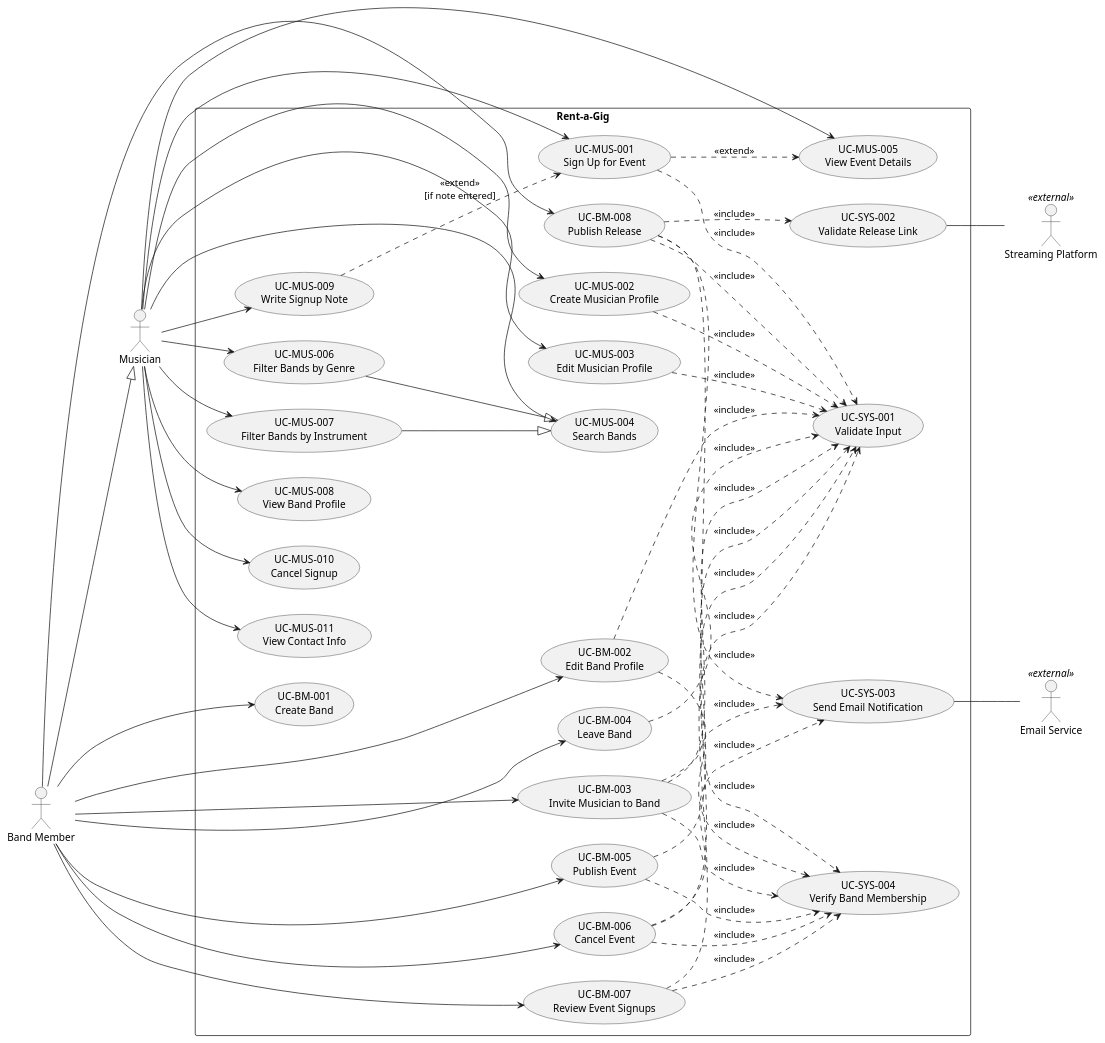
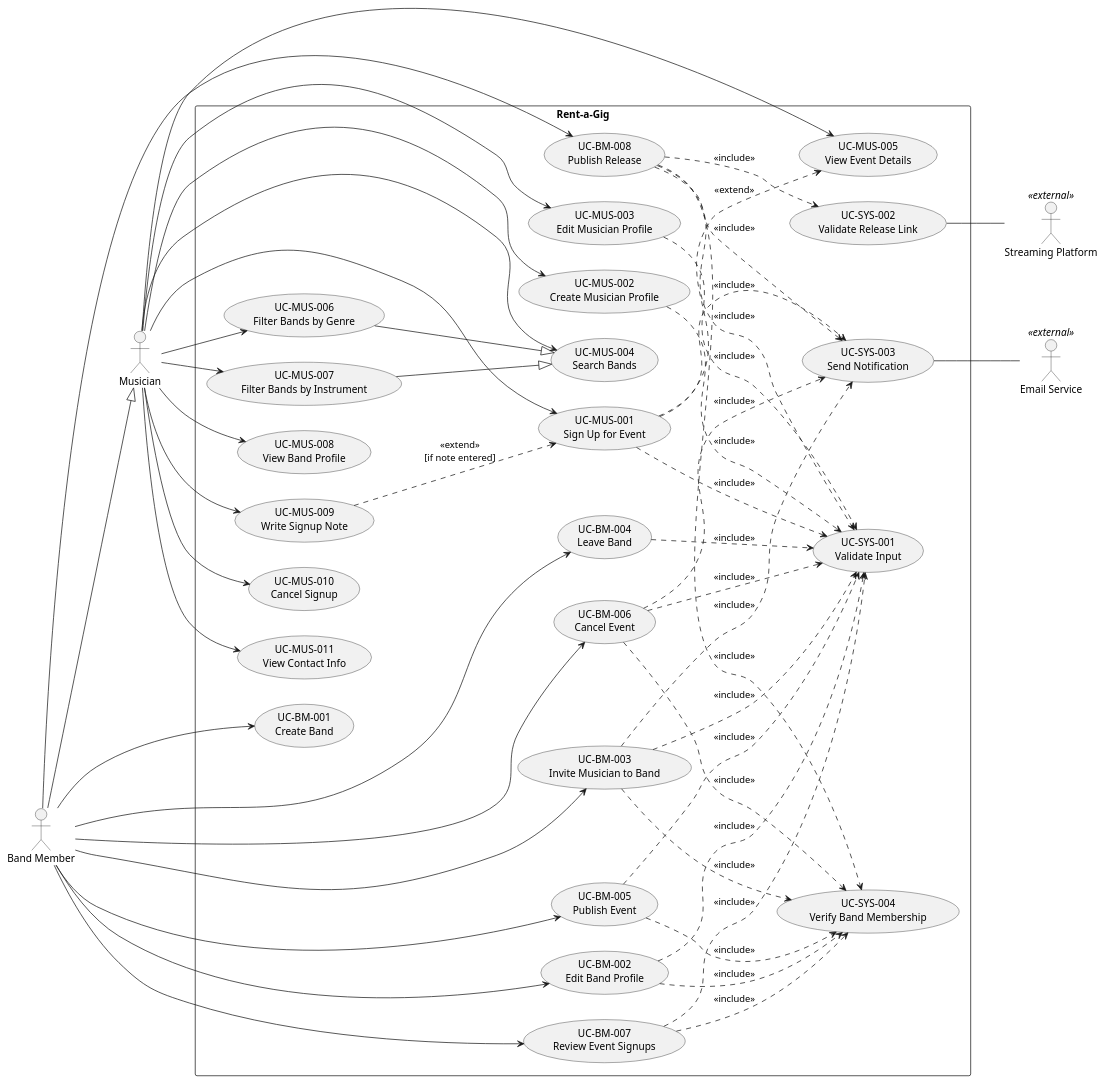
Before and after one commit to therealsunfl0wer/SMRA-labs: the diagram in 2-use-case/useCase.puml, drawn with PlantUML. The commit also changed 1 other file, not shown here.

Commit message:
ai: include notifications and capacity in the use cases
UC-MUS-001 now includes UC-SYS-001 and UC-SYS-003 and notifies the Band after
a Signup; extension 2b refers to Event.capacity; UC-BM-005 takes a capacity.
UC-SYS-003 is renamed to Send Notification and covers the email and site
channels. useCase.puml is updated; useCase.png is not re-rendered yet.

Claude-Session: https://claude.ai/code/session_01AMojgNhf6THgfHK96iETUd

```diff
--- a/2-use-case/useCase.puml
+++ b/2-use-case/useCase.puml
@@ -1,101 +1,102 @@
 @startuml useCase
 left to right direction
 
 ' ===== Actors =====
 actor "Musician" as Musician
 actor "Band Member" as BandMember
 actor "Email Service" as EmailService <<external>>
 actor "Streaming Platform" as StreamingPlatform <<external>>
 
 ' Actor generalization
 BandMember --|> Musician
 
 rectangle "Rent-a-Gig" {
 
   ' ===== Musician use cases =====
   usecase "UC-MUS-001\nSign Up for Event" as UC_MUS_001
   usecase "UC-MUS-002\nCreate Musician Profile" as UC_MUS_002
   usecase "UC-MUS-003\nEdit Musician Profile" as UC_MUS_003
   usecase "UC-MUS-004\nSearch Bands" as UC_MUS_004
   usecase "UC-MUS-005\nView Event Details" as UC_MUS_005
   usecase "UC-MUS-006\nFilter Bands by Genre" as UC_MUS_006
   usecase "UC-MUS-007\nFilter Bands by Instrument" as UC_MUS_007
   usecase "UC-MUS-008\nView Band Profile" as UC_MUS_008
   usecase "UC-MUS-009\nWrite Signup Note" as UC_MUS_009
   usecase "UC-MUS-010\nCancel Signup" as UC_MUS_010
   usecase "UC-MUS-011\nView Contact Info" as UC_MUS_011
 
   ' ===== Band Member use cases =====
   usecase "UC-BM-001\nCreate Band" as UC_BM_001
   usecase "UC-BM-002\nEdit Band Profile" as UC_BM_002
   usecase "UC-BM-003\nInvite Musician to Band" as UC_BM_003
   usecase "UC-BM-004\nLeave Band" as UC_BM_004
   usecase "UC-BM-005\nPublish Event" as UC_BM_005
   usecase "UC-BM-006\nCancel Event" as UC_BM_006
   usecase "UC-BM-007\nReview Event Signups" as UC_BM_007
   usecase "UC-BM-008\nPublish Release" as UC_BM_008
 
   ' ===== System use cases =====
   usecase "UC-SYS-001\nValidate Input" as UC_SYS_001
   usecase "UC-SYS-002\nValidate Release Link" as UC_SYS_002
-  usecase "UC-SYS-003\nSend Email Notification" as UC_SYS_003
+  usecase "UC-SYS-003\nSend Notification" as UC_SYS_003
   usecase "UC-SYS-004\nVerify Band Membership" as UC_SYS_004
 }
 
 ' ===== Actor to use case associations =====
 Musician --> UC_MUS_001
 Musician --> UC_MUS_002
 Musician --> UC_MUS_003
 Musician --> UC_MUS_004
 Musician --> UC_MUS_005
 Musician --> UC_MUS_006
 Musician --> UC_MUS_007
 Musician --> UC_MUS_008
 Musician --> UC_MUS_009
 Musician --> UC_MUS_010
 Musician --> UC_MUS_011
 
 BandMember --> UC_BM_001
 BandMember --> UC_BM_002
 BandMember --> UC_BM_003
 BandMember --> UC_BM_004
 BandMember --> UC_BM_005
 BandMember --> UC_BM_006
 BandMember --> UC_BM_007
 BandMember --> UC_BM_008
 
 ' ===== Use case generalization =====
 UC_MUS_006 --|> UC_MUS_004
 UC_MUS_007 --|> UC_MUS_004
 
 ' ===== Include relationships =====
 UC_MUS_001 ..> UC_SYS_001 : <<include>>
+UC_MUS_001 ..> UC_SYS_003 : <<include>>
 UC_MUS_002 ..> UC_SYS_001 : <<include>>
 UC_MUS_003 ..> UC_SYS_001 : <<include>>
 
 UC_BM_002 ..> UC_SYS_001 : <<include>>
 UC_BM_002 ..> UC_SYS_004 : <<include>>
 UC_BM_003 ..> UC_SYS_001 : <<include>>
 UC_BM_003 ..> UC_SYS_003 : <<include>>
 UC_BM_003 ..> UC_SYS_004 : <<include>>
 UC_BM_004 ..> UC_SYS_001 : <<include>>
 UC_BM_005 ..> UC_SYS_001 : <<include>>
 UC_BM_005 ..> UC_SYS_004 : <<include>>
 UC_BM_006 ..> UC_SYS_001 : <<include>>
 UC_BM_006 ..> UC_SYS_003 : <<include>>
 UC_BM_006 ..> UC_SYS_004 : <<include>>
 UC_BM_007 ..> UC_SYS_001 : <<include>>
 UC_BM_007 ..> UC_SYS_004 : <<include>>
 UC_BM_008 ..> UC_SYS_001 : <<include>>
 UC_BM_008 ..> UC_SYS_002 : <<include>>
 UC_BM_008 ..> UC_SYS_003 : <<include>>
 UC_BM_008 ..> UC_SYS_004 : <<include>>
 
 ' ===== Extend relationships =====
 UC_MUS_001 ..> UC_MUS_005 : <<extend>>
 UC_MUS_009 ..> UC_MUS_001 : <<extend>>\n[if note entered]
 
 ' ===== System to external actors =====
 UC_SYS_002 -- StreamingPlatform
 UC_SYS_003 -- EmailService
 @enduml
```
